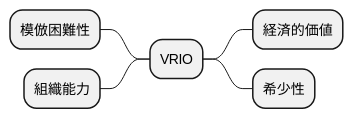
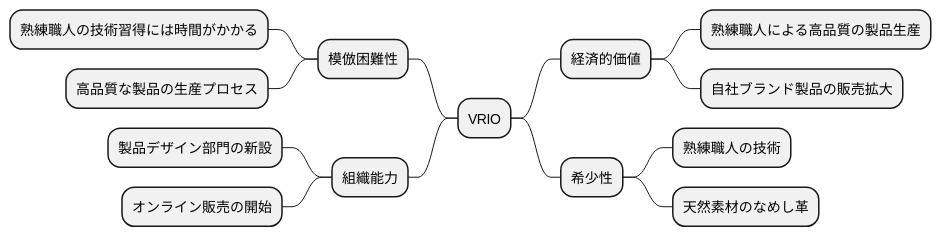
One commit to k2works/case-sutudy-business-analysis changed the fourth of 16 diagrams in docs/case/r03_case_3.adoc. Above: the diagram before and after it, drawn with PlantUML. The commit also changed other lines of this file, not shown here.

```diff
--- a/docs/case/r03_case_3.adoc
+++ b/docs/case/r03_case_3.adoc
@@ -148,13 +159,21 @@
 [plantuml]
 ----
 @startmindmap
 
 * VRIO
 ** 経済的価値
+*** 熟練職人による高品質の製品生産
+*** 自社ブランド製品の販売拡大
 ** 希少性
+*** 熟練職人の技術
+*** 天然素材のなめし革
 left side
 ** 模倣困難性
+*** 熟練職人の技術習得には時間がかかる
+*** 高品質な製品の生産プロセス
 ** 組織能力
+*** 製品デザイン部門の新設
+*** オンライン販売の開始
 
 @endmindmap
 ----
```
